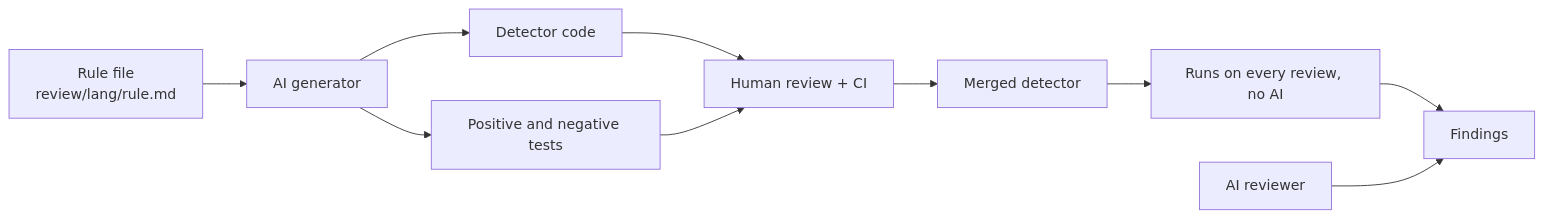
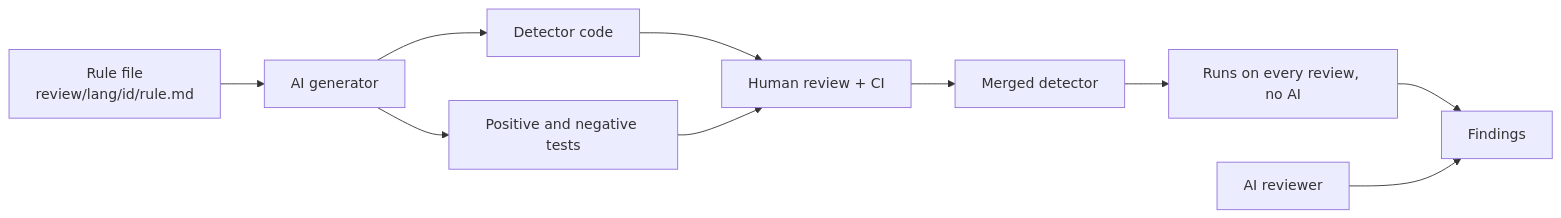
The diagram in docs/ai-generated-deterministic-checks.md (johnjoeallen/codeclear), drawn with Mermaid before and after one commit. The commit also changed other lines of this file and 363 other files, not shown here.

````diff
--- a/docs/ai-generated-deterministic-checks.md
+++ b/docs/ai-generated-deterministic-checks.md
@@ -38,12 +38,12 @@
 ```mermaid
 flowchart LR
-    R[Rule file<br/>review/lang/rule.md] --> G[AI generator]
+    R[Rule file<br/>review/lang/id/rule.md] --> G[AI generator]
     G --> D[Detector code]
     G --> T[Positive and negative tests]
     D --> CI[Human review + CI]
     T --> CI
     CI --> M[Merged detector]
     M --> RUN[Runs on every review, no AI]
     RUN --> F[Findings]
     AI[AI reviewer] --> F
 ```
````
